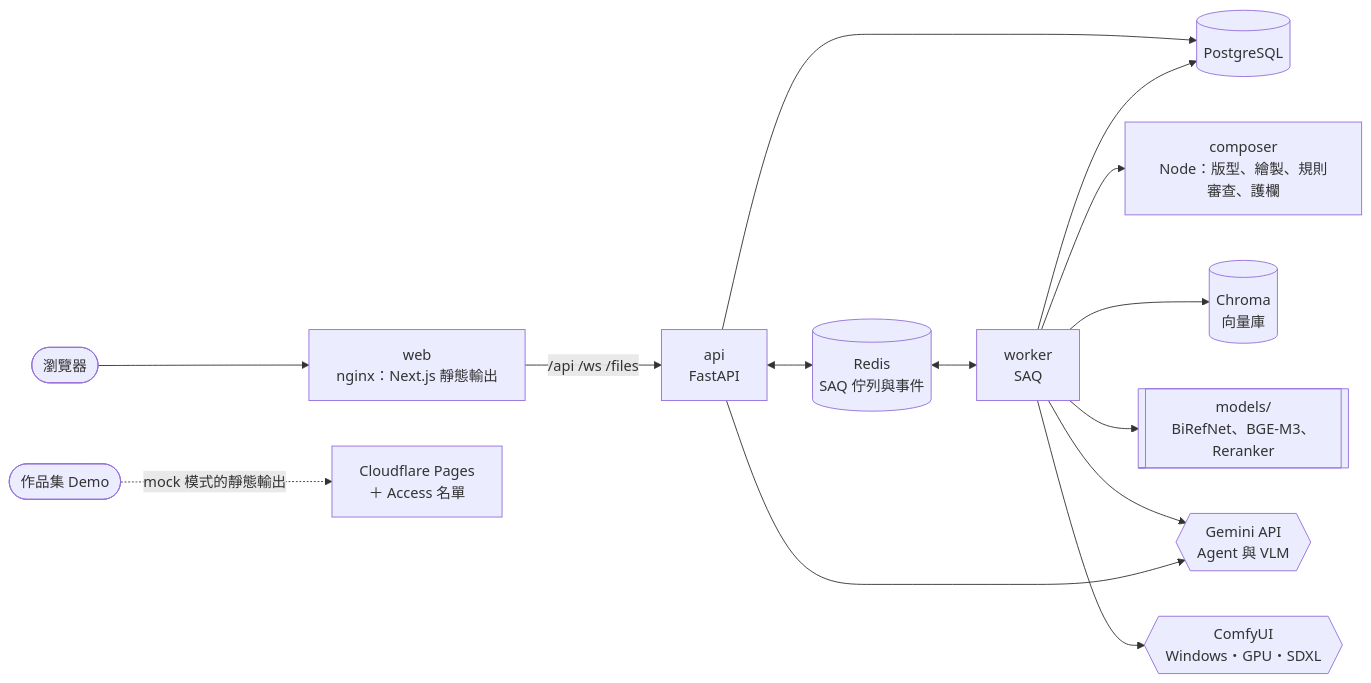
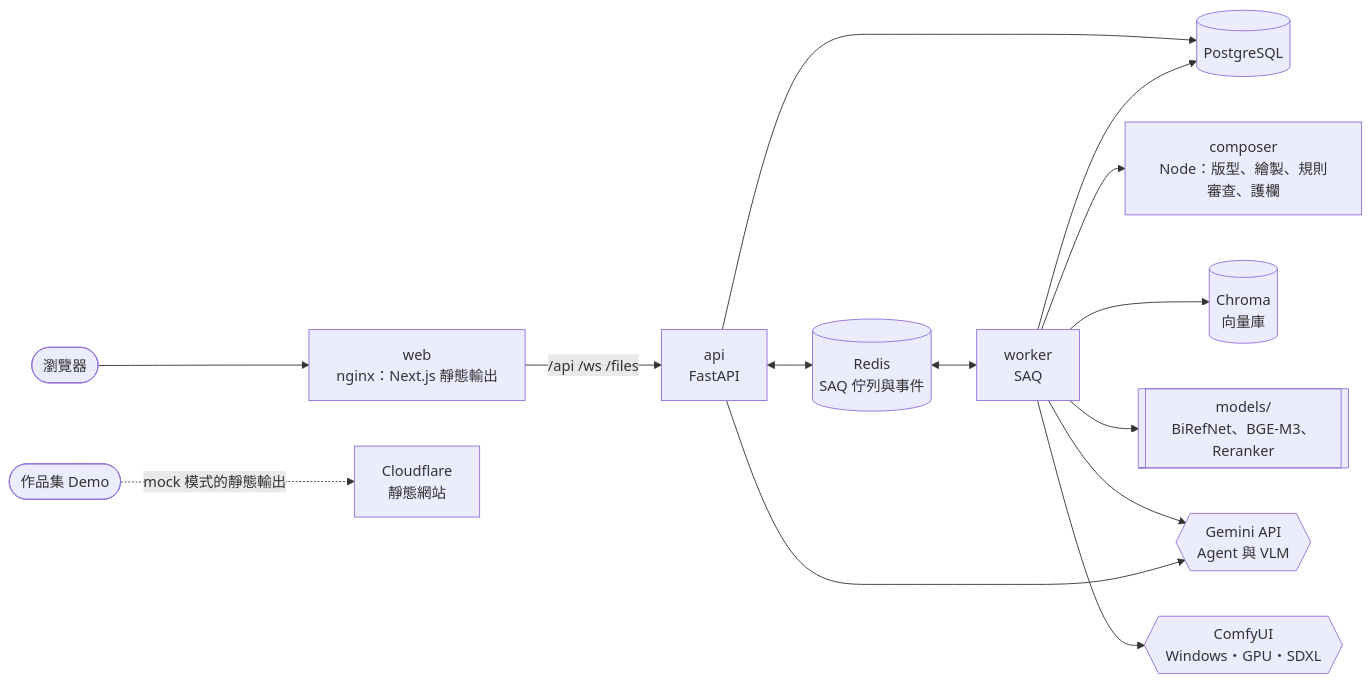
One commit to kayla162/genai-agent-studio changed the second of 2 diagrams in README.md. Above: the diagram before and after it, drawn with Mermaid. The commit also changed other lines of this file, not shown here.

Commit message:
docs: add the demo link, challenges and reliability work to the README

````diff
--- a/README.md
+++ b/README.md
@@ -128,16 +113,16 @@
 ```mermaid
 flowchart LR
   browser([瀏覽器]) --> web[web<br/>nginx：Next.js 靜態輸出]
   web -- /api /ws /files --> api[api<br/>FastAPI]
   api --> pg[(PostgreSQL)]
   api <--> redis[(Redis<br/>SAQ 佇列與事件)]
   redis <--> worker[worker<br/>SAQ]
   worker --> pg
   worker --> composer[composer<br/>Node：版型、繪製、規則審查、護欄]
   worker --> chroma[(Chroma<br/>向量庫)]
   worker --> models[[models/<br/>BiRefNet、BGE-M3、Reranker]]
   worker --> gemini{{Gemini API<br/>Agent 與 VLM}}
   worker --> comfy{{ComfyUI<br/>Windows・GPU・SDXL}}
   api --> gemini
-  demo([作品集 Demo]) -. mock 模式的靜態輸出 .-> pages[Cloudflare Pages<br/>＋ Access 名單]
+  demo([作品集 Demo]) -. mock 模式的靜態輸出 .-> cf[Cloudflare<br/>靜態網站]
 ```
````
